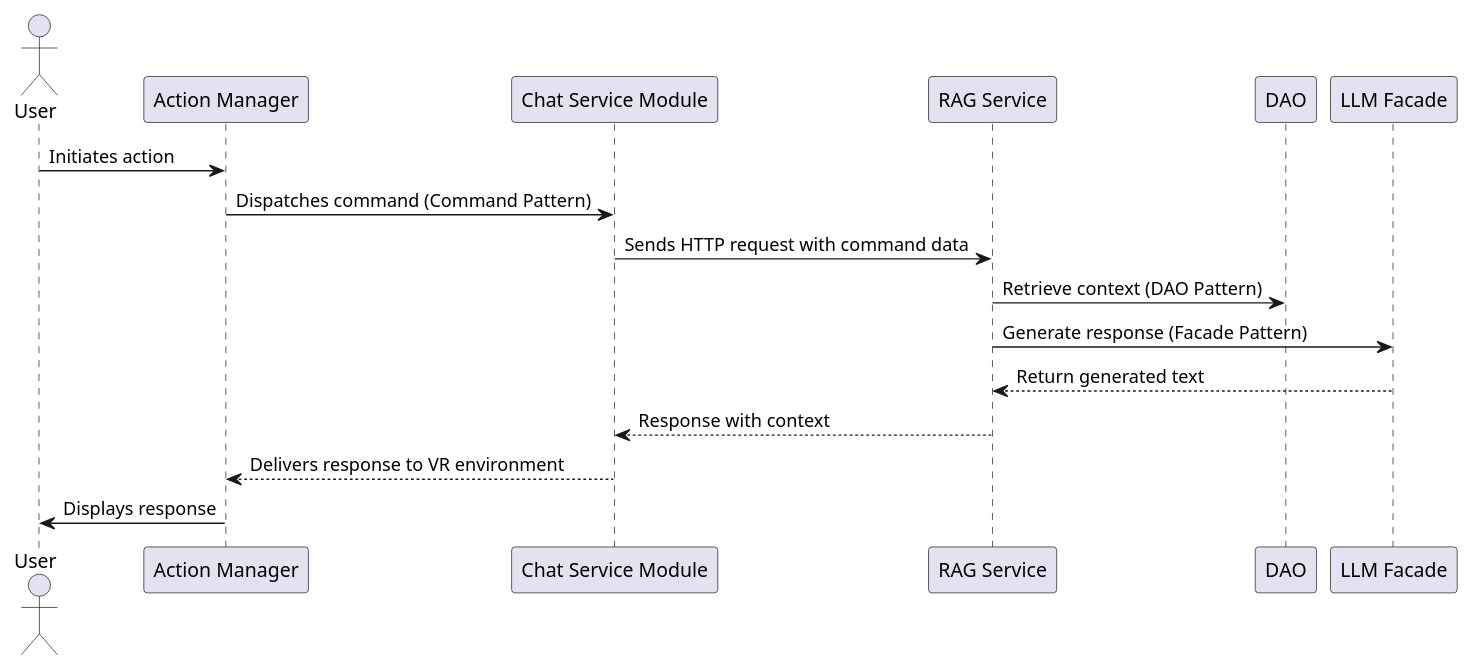
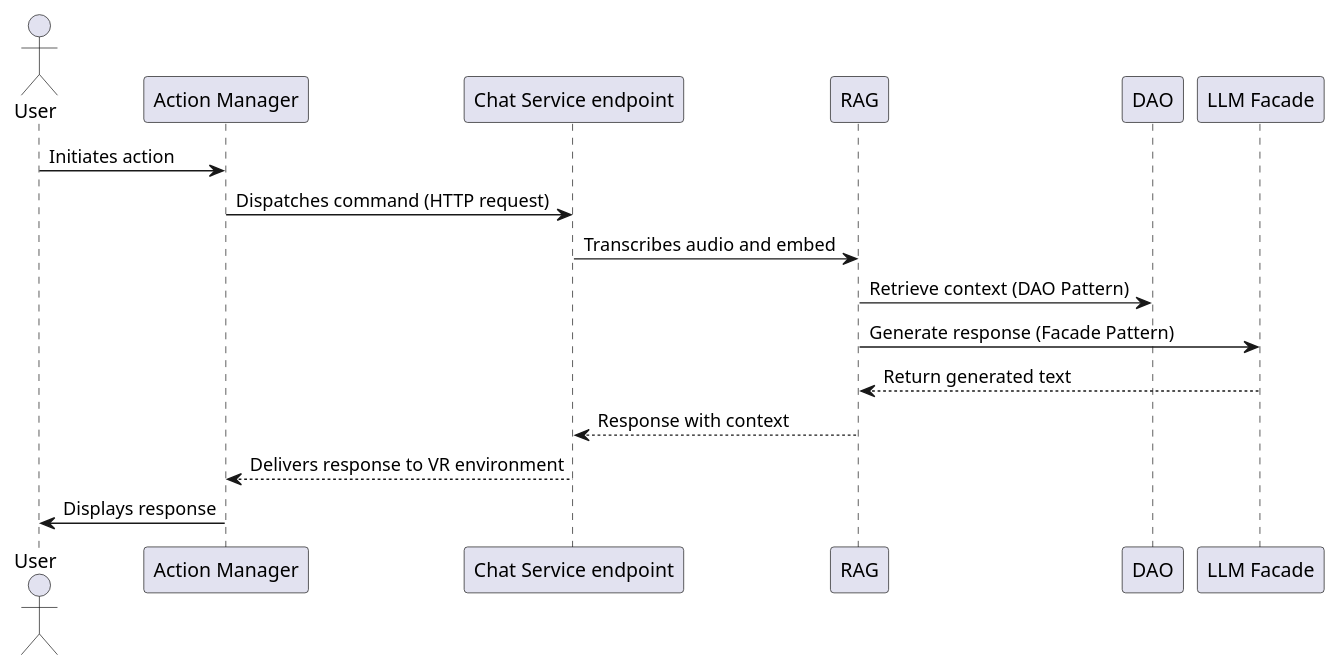
Before and after one commit to IMTEL/RAGdoll: the diagram in docs/architecture/diagrams/process.puml, drawn with PlantUML.

Commit message:
docs: update process view

```diff
--- a/docs/architecture/diagrams/process.puml
+++ b/docs/architecture/diagrams/process.puml
@@ -1,18 +1,18 @@
 @startuml ProcessView
 actor User
 participant "Action Manager" as AM
-participant "Chat Service Module" as CSM
-participant "RAG Service" as RAG
+participant "Chat Service endpoint" as CSM
+participant "RAG" as RAG
 participant "DAO" as DAO
 participant "LLM Facade" as LLM
 
 User -> AM: Initiates action
-AM -> CSM: Dispatches command (Command Pattern)
-CSM -> RAG: Sends HTTP request with command data
+AM -> CSM: Dispatches command (HTTP request)
+CSM -> RAG: Transcribes audio and embed
 RAG -> DAO: Retrieve context (DAO Pattern)
 RAG -> LLM: Generate response (Facade Pattern)
 LLM --> RAG: Return generated text
 RAG --> CSM: Response with context
 CSM --> AM: Delivers response to VR environment
 AM -> User: Displays response
 @enduml
```
